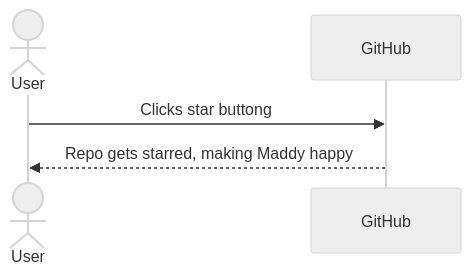
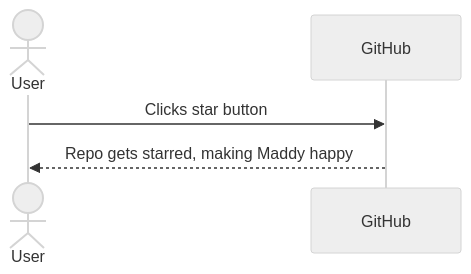
The second of 2 diagrams in demo/src/example.md (MaddyGuthridge/marked-mermaid), drawn with Mermaid (neutral theme) before and after one commit. The commit also changed 2 other files, not shown here.

```diff
--- a/demo/src/example.md
+++ b/demo/src/example.md
@@ -29,6 +29,6 @@
 <pre class="mermaid">
 sequenceDiagram
   	actor User
-    User->>GitHub: Clicks star buttong
+    User->>GitHub: Clicks star button
     GitHub-->>User: Repo gets starred, making Maddy happy
 </pre>
```
